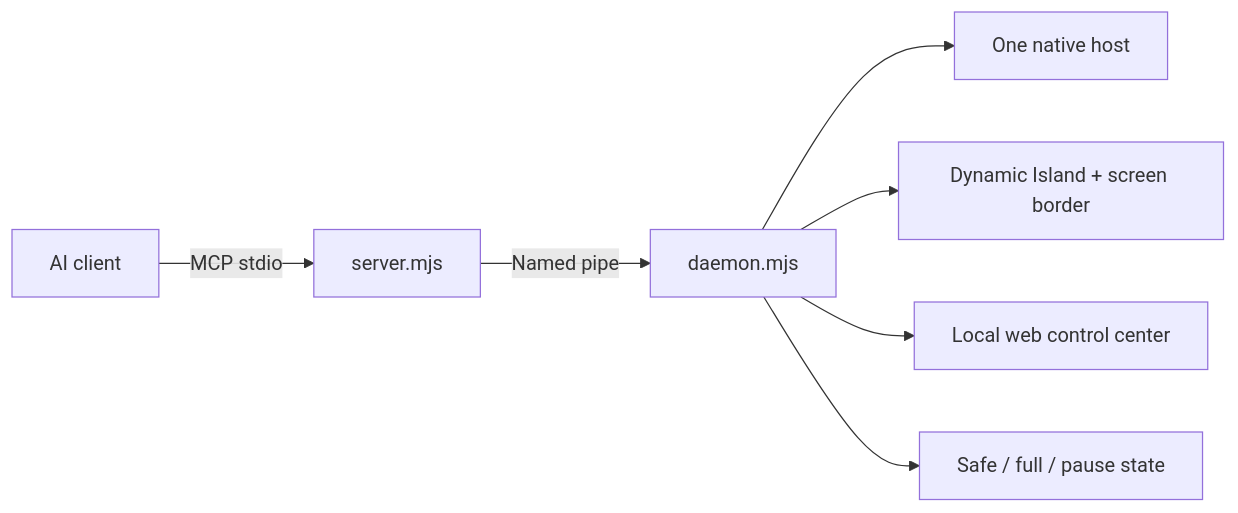
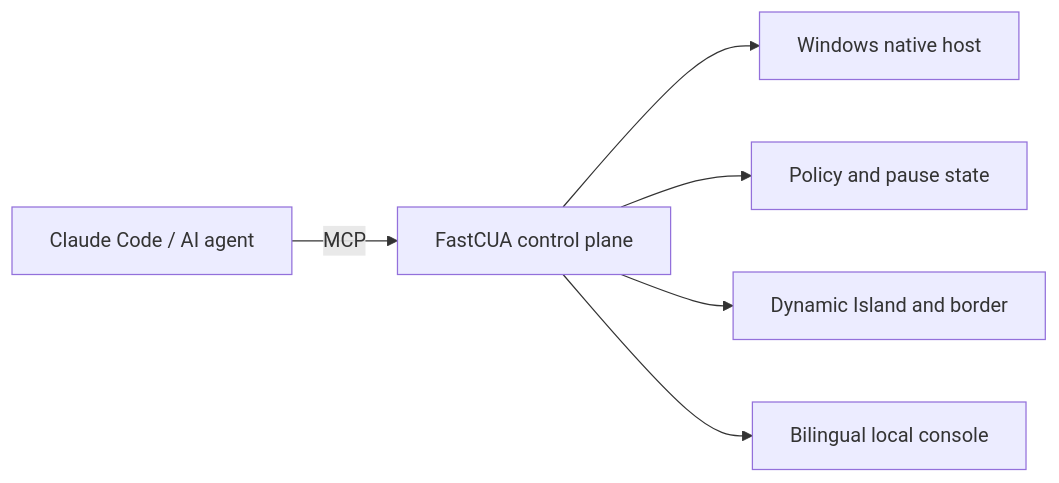
One commit to Guojiz/FastCUA changed the diagram in README.md. Above: the diagram before and after it, drawn with Mermaid. The commit also changed other lines of this file and 2 other files, not shown here.

````diff
--- a/README.md
+++ b/README.md
@@ -32,9 +56,8 @@
 ```mermaid
 flowchart LR
-  A["AI client"] -->|"MCP stdio"| B["server.mjs"]
-  B -->|"Named pipe"| C["daemon.mjs"]
-  C --> D["One native host"]
-  C --> E["Dynamic Island + screen border"]
-  C --> F["Local web control center"]
-  C --> G["Safe / full / pause state"]
+  A["Claude Code / AI agent"] -->|"MCP"| B["FastCUA control plane"]
+  B --> C["Windows native host"]
+  B --> D["Policy and pause state"]
+  B --> E["Dynamic Island and border"]
+  B --> F["Bilingual local console"]
 ```
````
